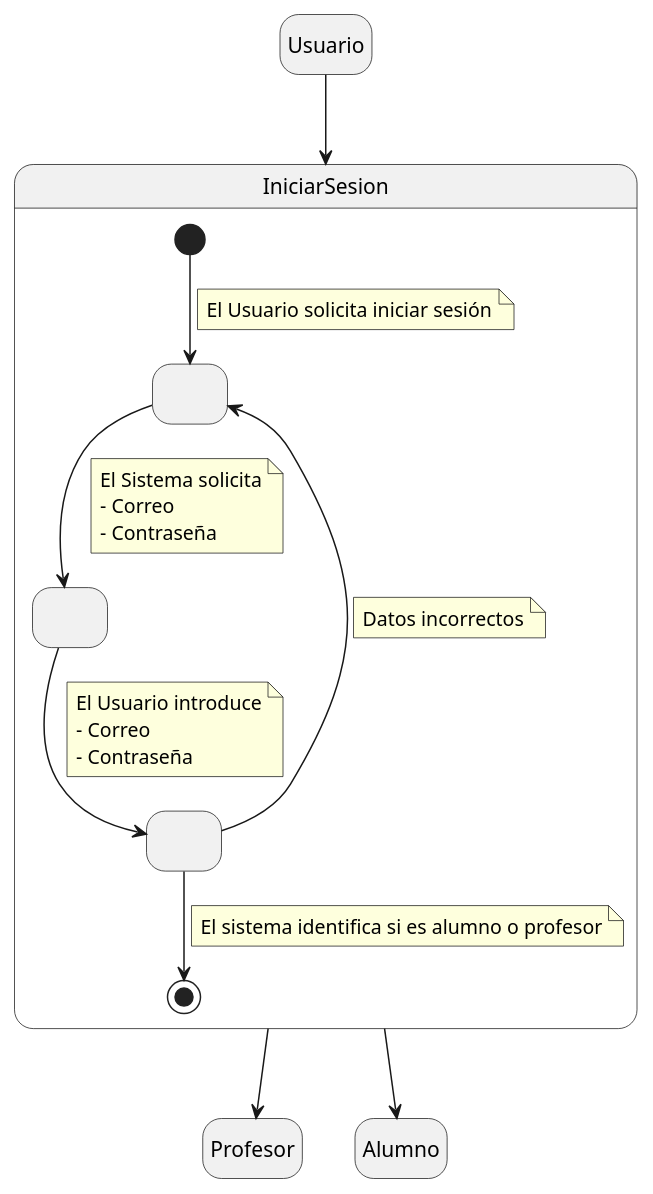
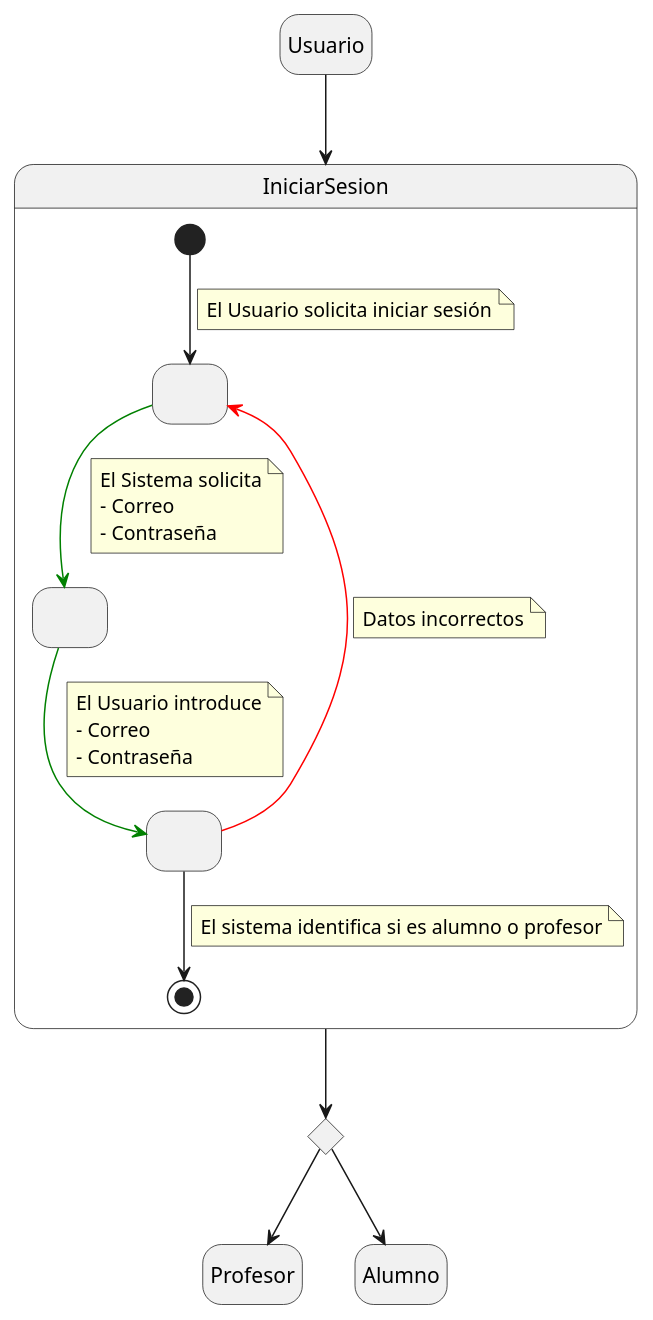
One commit to mmasias/24-25-IdSw1-SDR changed the diagram in Documentos/DetallarCasosDeUso/IniciarSesion.puml. Above: the diagram before and after it, drawn with PlantUML.

```diff
--- a/Documentos/DetallarCasosDeUso/IniciarSesion.puml
+++ b/Documentos/DetallarCasosDeUso/IniciarSesion.puml
@@ -1,45 +1,48 @@
 @startuml IniciarSesion
 
 hide empty description
 
 state Usuario
 state IniciarSesion{
     state " " as Estado1
     state " " as Estado2
     state " " as Estado3
 
     [*] --> Estado1
     note on link
         El Usuario solicita iniciar sesión
     end note
-    Estado1 --> Estado2
+    Estado1 -[#green]-> Estado2
     note on link
         El Sistema solicita
         - Correo
         - Contraseña
     end note
-    Estado2 --> Estado3
+    Estado2 -[#green]-> Estado3
     note on link
         El Usuario introduce
         - Correo
         - Contraseña
     end note
     Estado3 --> [*]
     note on link
         El sistema identifica si es alumno o profesor
     end note
 
-    Estado3 --> Estado1
+    Estado3 -[#red]-> Estado1
     note on link
         Datos incorrectos
     end note
 }
+state rombo <<choice>>
 state Profesor
 state Alumno
 
 
 Usuario --> IniciarSesion
-IniciarSesion --> Profesor
-IniciarSesion --> Alumno
+IniciarSesion --> rombo
+
+rombo --> Profesor
+rombo --> Alumno
 
 @enduml
```
